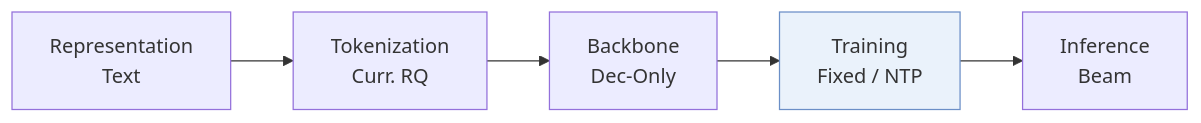
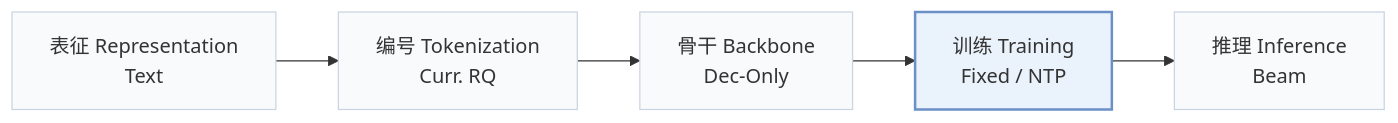
One commit to Galaxy-ghost/Awesome-SID-Generative-Rec changed the first of 2 diagrams in pages/zh/papers/recbase.md. Above: the diagram before and after it, drawn with Mermaid. The commit also changed other lines of this file and 649 other files, not shown here.

Commit message:
writer-05: also tags and modality index (schema, check, build, visuals); summary field removed; calibration data for 12 papers

````diff
--- a/pages/zh/papers/recbase.md
+++ b/pages/zh/papers/recbase.md
@@ -13,6 +15,8 @@
 ```mermaid
 flowchart LR
-    R["Representation<br/>Text"] --> T["Tokenization<br/>Curr. RQ"] --> B["Backbone<br/>Dec-Only"] --> TR["Training<br/>Fixed / NTP"] --> I["Inference<br/>Beam"]
-    classDef main fill:#eaf2fb,stroke:#6b8fc7
+    R["表征 Representation<br/>Text"] --> T["编号 Tokenization<br/>Curr. RQ"] --> B["骨干 Backbone<br/>Dec-Only"] --> TR["训练 Training<br/>Fixed / NTP"] --> I["推理 Inference<br/>Beam"]
+    classDef base fill:#f8fafc,stroke:#cbd5e1
+    class R,T,B,TR,I base
+    classDef main fill:#eaf2fb,stroke:#6b8fc7,stroke-width:2px
     class TR main
 ```
````
